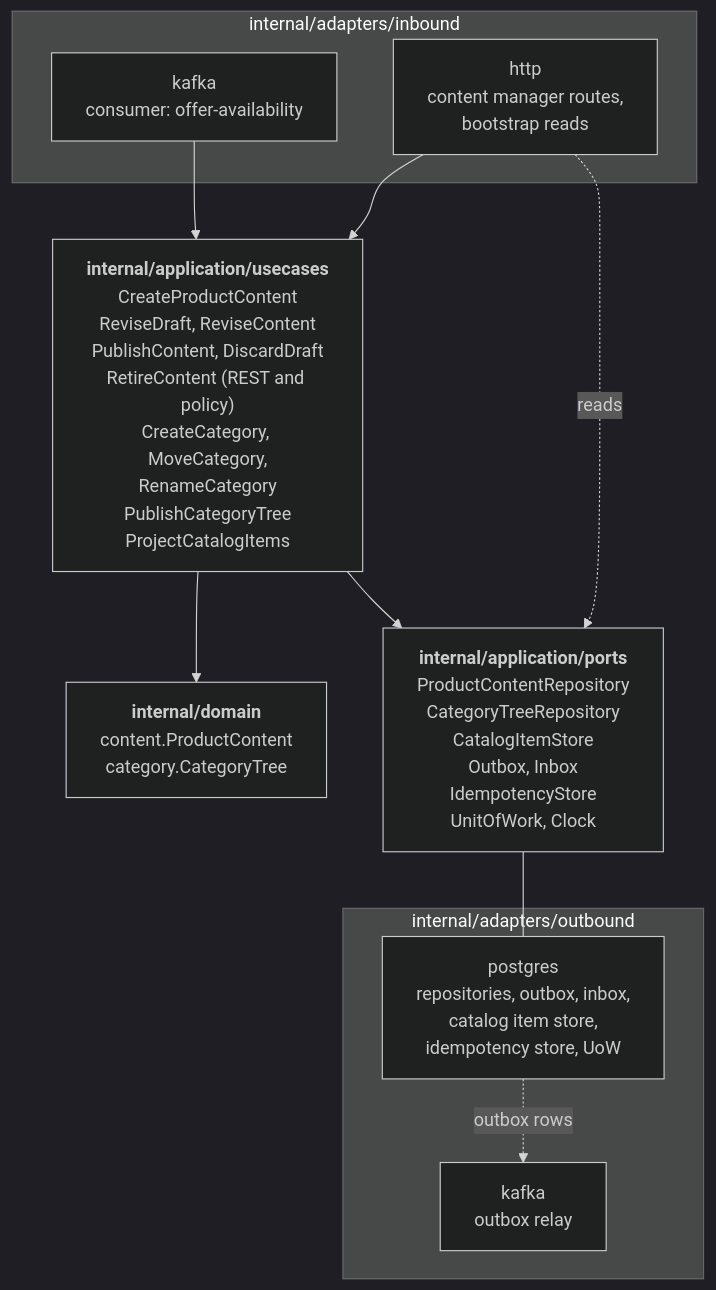
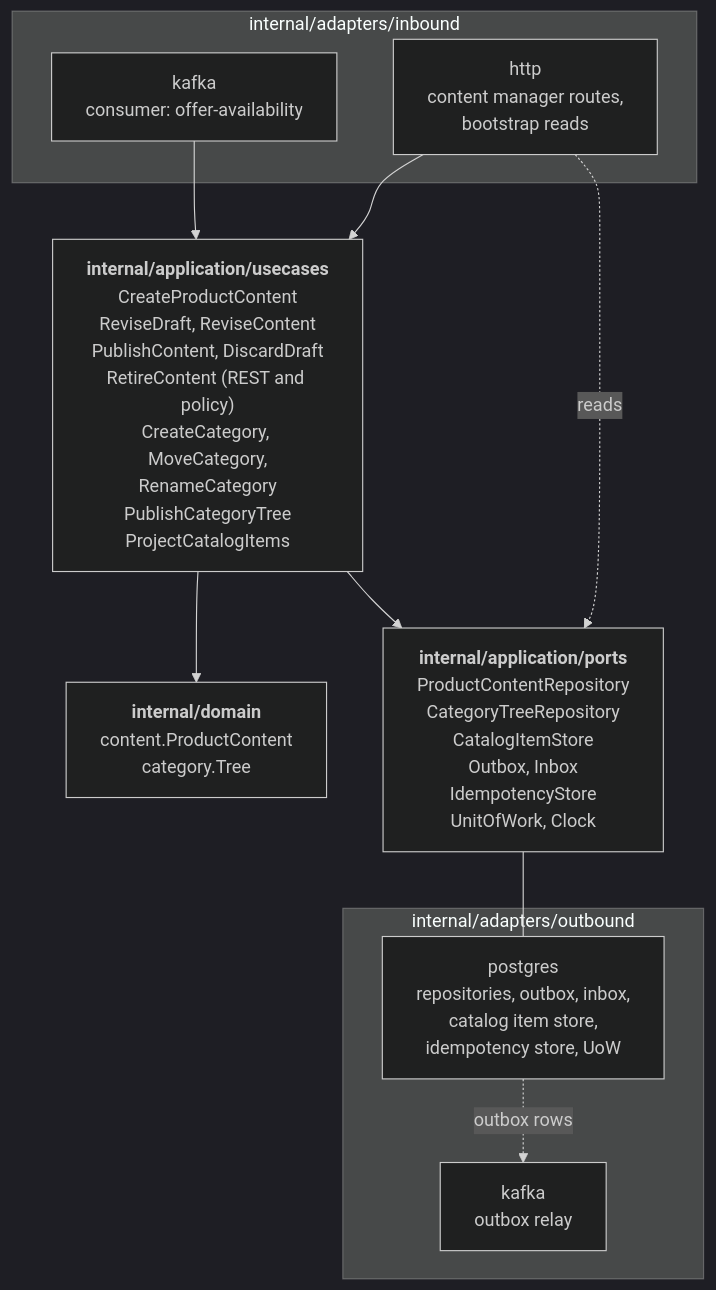
The fifth of 5 diagrams in storefront/docs/contexts/product-content/class-diagram.md (IQVO/warehouse-docs), drawn with Mermaid (dark theme) before and after one commit. The commit also changed other lines of this file and 83 other files, not shown here.

````diff
--- a/storefront/docs/contexts/product-content/class-diagram.md
+++ b/storefront/docs/contexts/product-content/class-diagram.md
@@ -207,21 +207,21 @@
 ```mermaid
 flowchart TB
     subgraph IN["internal/adapters/inbound"]
         HTTP["http<br/>content manager routes,<br/>bootstrap reads"]
         KC["kafka<br/>consumer: offer-availability"]
     end
     APP["<b>internal/application/usecases</b><br/>CreateProductContent<br/>ReviseDraft, ReviseContent<br/>PublishContent, DiscardDraft<br/>RetireContent (REST and policy)<br/>CreateCategory, MoveCategory,<br/>RenameCategory<br/>PublishCategoryTree<br/>ProjectCatalogItems"]
-    DOM["<b>internal/domain</b><br/>content.ProductContent<br/>category.CategoryTree"]
+    DOM["<b>internal/domain</b><br/>content.ProductContent<br/>category.Tree"]
     PORTS["<b>internal/application/ports</b><br/>ProductContentRepository<br/>CategoryTreeRepository<br/>CatalogItemStore<br/>Outbox, Inbox<br/>IdempotencyStore<br/>UnitOfWork, Clock"]
     subgraph OUT["internal/adapters/outbound"]
         A1["postgres<br/>repositories, outbox, inbox,<br/>catalog item store,<br/>idempotency store, UoW"]
         A2["kafka<br/>outbox relay"]
     end
     HTTP --> APP
     KC --> APP
     HTTP -. reads .-> PORTS
     APP --> DOM
     APP --> PORTS
     PORTS --- A1
     A1 -. outbox rows .-> A2
 ```
````
